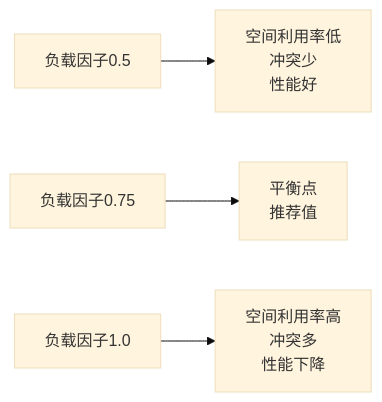
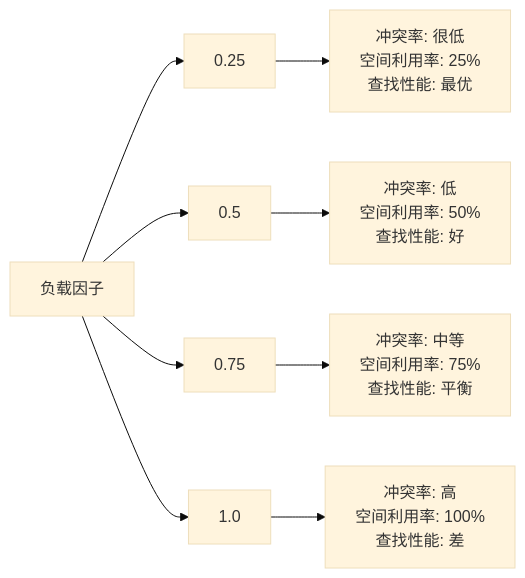
Diagram 14 of 15 in 00.通用技术的提升/02.源码设计思想/33.工业级Map的设计.md (chongyang211/YCBookBlog), drawn with Mermaid (base theme) before and after one commit. The commit also changed other lines of this file and 4 other files, not shown here.

````diff
--- a/00.通用技术的提升/02.源码设计思想/33.工业级Map的设计.md
+++ b/00.通用技术的提升/02.源码设计思想/33.工业级Map的设计.md
@@ -823,6 +837,12 @@
 ```mermaid
 graph LR
-    A[负载因子0.5] --> B[空间利用率低<br/>冲突少<br/>性能好]
-    C[负载因子0.75] --> D[平衡点<br/>推荐值]
-    E[负载因子1.0] --> F[空间利用率高<br/>冲突多<br/>性能下降]
+    A[负载因子] --> B[0.25]
+    A --> C[0.5]
+    A --> D[0.75]
+    A --> E[1.0]
+    
+    B --> F[冲突率: 很低<br/>空间利用率: 25%<br/>查找性能: 最优]
+    C --> G[冲突率: 低<br/>空间利用率: 50%<br/>查找性能: 好]
+    D --> H[冲突率: 中等<br/>空间利用率: 75%<br/>查找性能: 平衡]
+    E --> I[冲突率: 高<br/>空间利用率: 100%<br/>查找性能: 差]
 ```
````
